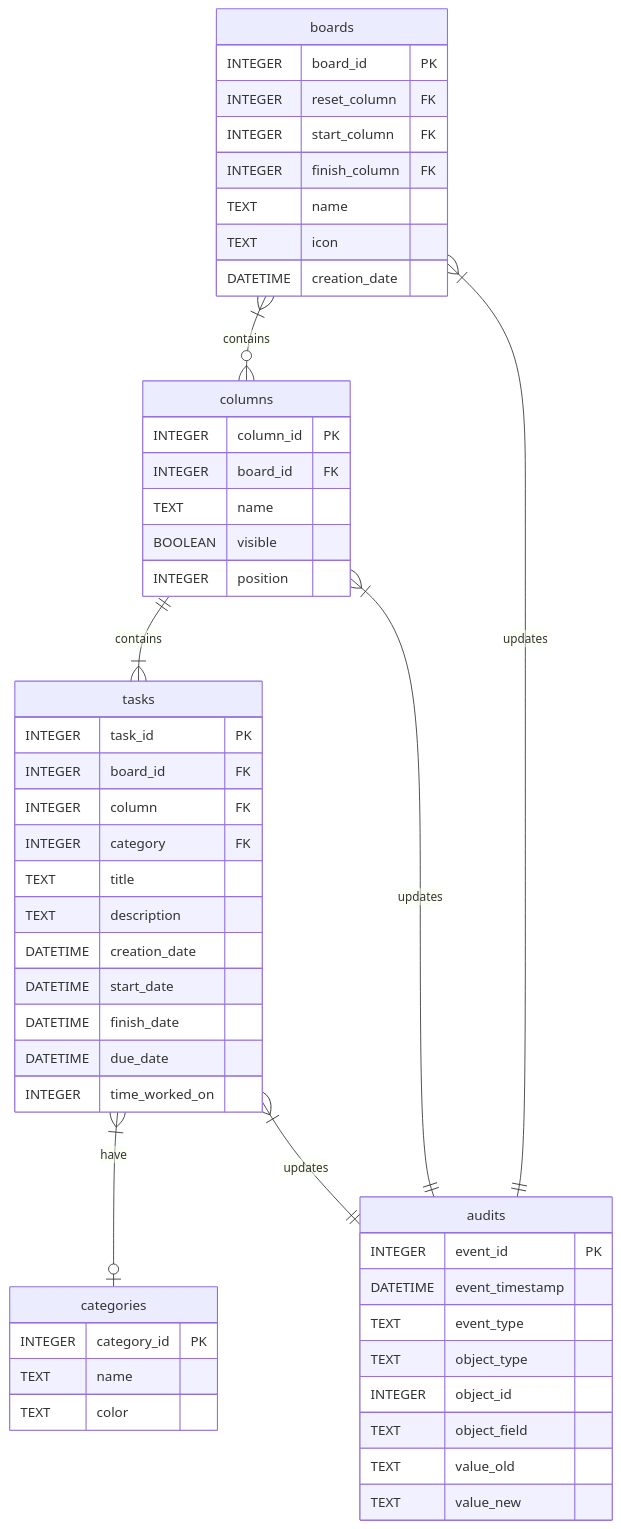
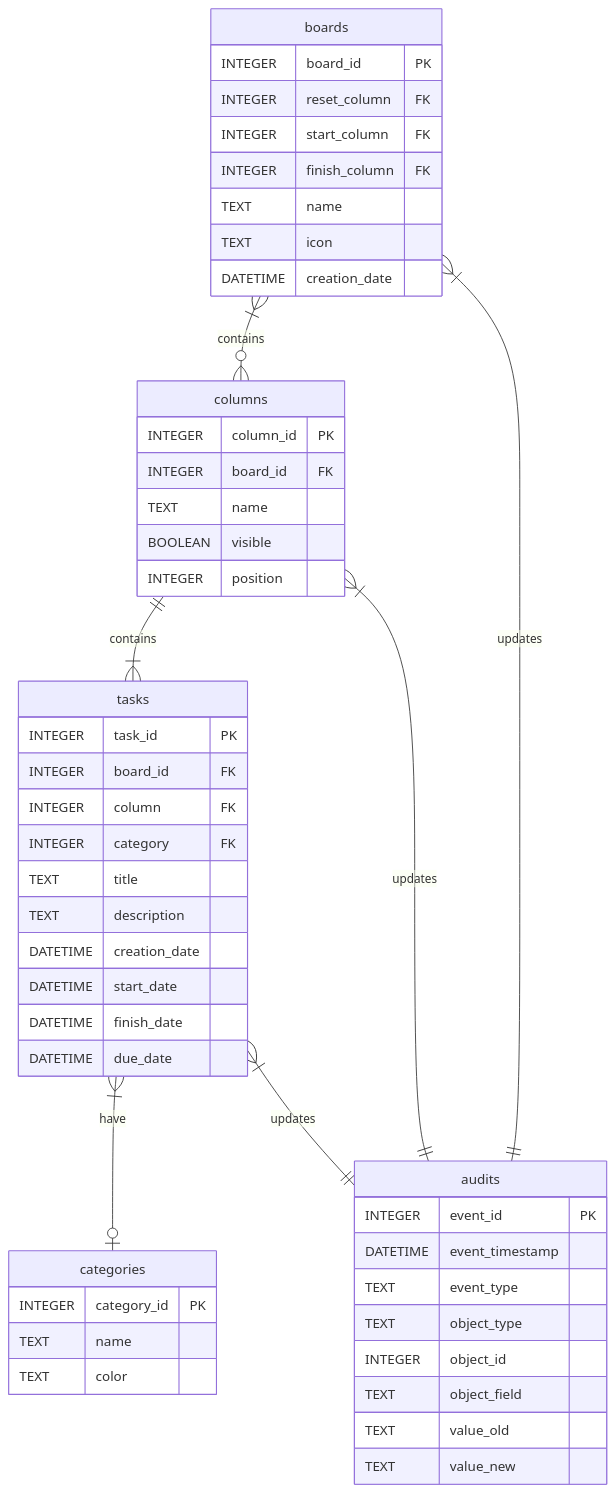
The diagram in README.md (Zaloog/kanban-tui), drawn with Mermaid before and after one commit. The commit also changed 3 other files, not shown here.

Commit message:
Update Mermaid and remove Task.time_worked_on

````diff
--- a/README.md
+++ b/README.md
@@ -63,53 +63,52 @@
 ```mermaid
 erDiagram
     tasks }|--o| categories: have
     tasks }|--|| audits: updates
     tasks {
         INTEGER task_id PK
         INTEGER board_id FK
         INTEGER column FK
         INTEGER category FK
         TEXT title
         TEXT description
         DATETIME creation_date
         DATETIME start_date
         DATETIME finish_date
         DATETIME due_date
-        INTEGER time_worked_on
     }
     boards }|--o{ columns: contains
     boards }|--|| audits: updates
     boards {
         INTEGER board_id PK
         INTEGER reset_column FK
         INTEGER start_column FK
         INTEGER finish_column FK
         TEXT name
         TEXT icon
         DATETIME creation_date
     }
     columns ||--|{ tasks: contains
     columns }|--|| audits: updates
     columns {
         INTEGER column_id PK
         INTEGER board_id FK
         TEXT name
         BOOLEAN visible
         INTEGER position
     }
     categories {
         INTEGER category_id PK
         TEXT name
         TEXT color
     }
     audits {
         INTEGER event_id PK
         DATETIME event_timestamp
         TEXT event_type
         TEXT object_type
         INTEGER object_id
         TEXT object_field
         TEXT value_old
         TEXT value_new
     }
 ```
````
